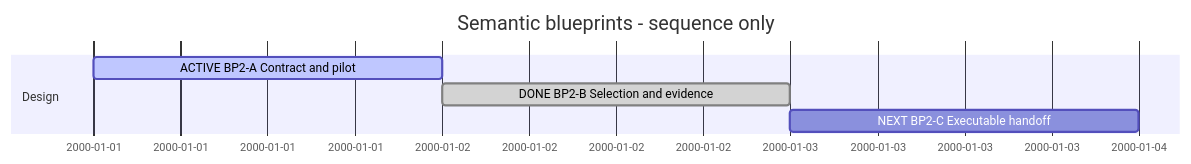
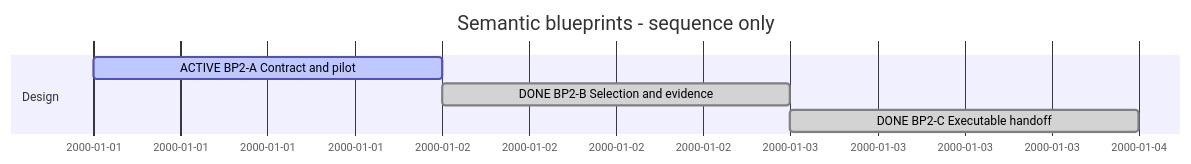
The diagram in SDP/Sessions/session-#0008--Semantic_blueprints.md (Hans-Einar/SDP), drawn with Mermaid before and after one commit. The commit also changed other lines of this file and 11 other files, not shown here.

````diff
--- a/SDP/Sessions/session-#0008--Semantic_blueprints.md
+++ b/SDP/Sessions/session-#0008--Semantic_blueprints.md
@@ -7,9 +7,9 @@
 ```mermaid
 gantt
     title Semantic blueprints - sequence only
     dateFormat YYYY-MM-DD
     section Design
     ACTIVE BP2-A Contract and pilot :active,a,2000-01-01,1d
     DONE BP2-B Selection and evidence :done,b,after a,1d
-    NEXT BP2-C Executable handoff :c,after b,1d
+    DONE BP2-C Executable handoff :done,c,after b,1d
 ```
````
